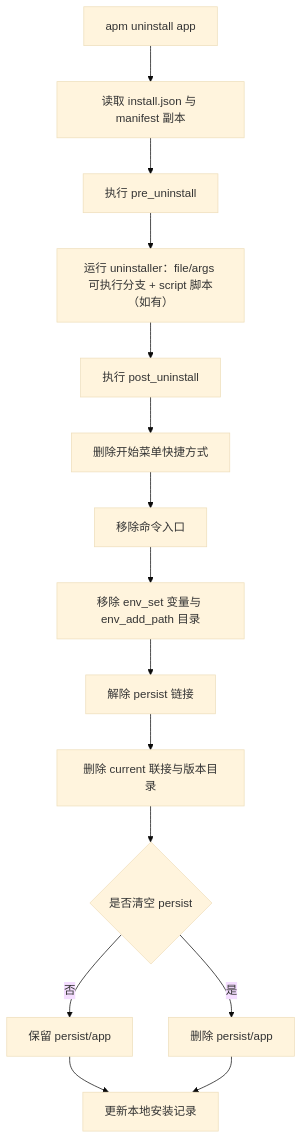
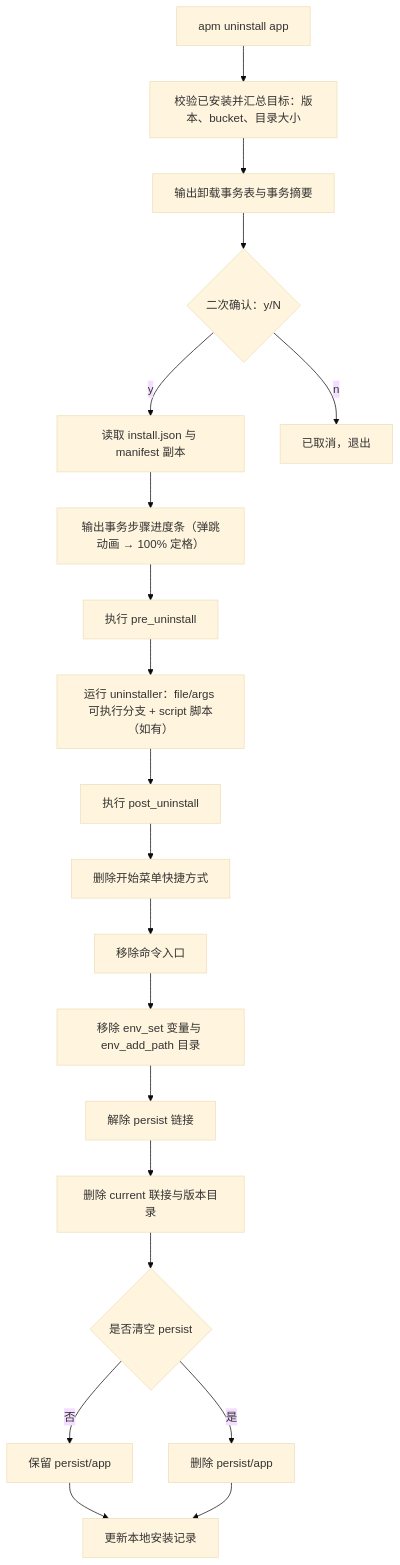
The sixth of 14 diagrams in docs/design.md (Adrts/APM), drawn with Mermaid (base theme) before and after one commit. The commit also changed other lines of this file and 21 other files, not shown here.

````diff
--- a/docs/design.md
+++ b/docs/design.md
@@ -945,17 +993,22 @@
 ```mermaid
 flowchart TD
-    A["apm uninstall app"] --> B["读取 install.json 与 manifest 副本"]
-    B --> C["执行 pre_uninstall"]
+    A["apm uninstall app"] --> A0["校验已安装并汇总目标：版本、bucket、目录大小"]
+    A0 --> A1["输出卸载事务表与事务摘要"]
+    A1 --> A2{"二次确认：y/N"}
+    A2 -->|"y"| B["读取 install.json 与 manifest 副本"]
+    A2 -->|"n"| A3["已取消，退出"]
+    B --> B0["输出事务步骤进度条（弹跳动画 → 100% 定格）"]
+    B0 --> C["执行 pre_uninstall"]
     C --> D["运行 uninstaller：file/args 可执行分支 + script 脚本（如有）"]
     D --> E["执行 post_uninstall"]
     E --> F["删除开始菜单快捷方式"]
     F --> G["移除命令入口"]
     G --> H["移除 env_set 变量与 env_add_path 目录"]
     H --> I["解除 persist 链接"]
     I --> J["删除 current 联接与版本目录"]
     J --> K{"是否清空 persist"}
     K -->|"否"| L["保留 persist/app"]
     K -->|"是"| M["删除 persist/app"]
     L --> N["更新本地安装记录"]
     M --> N
 ```
````
